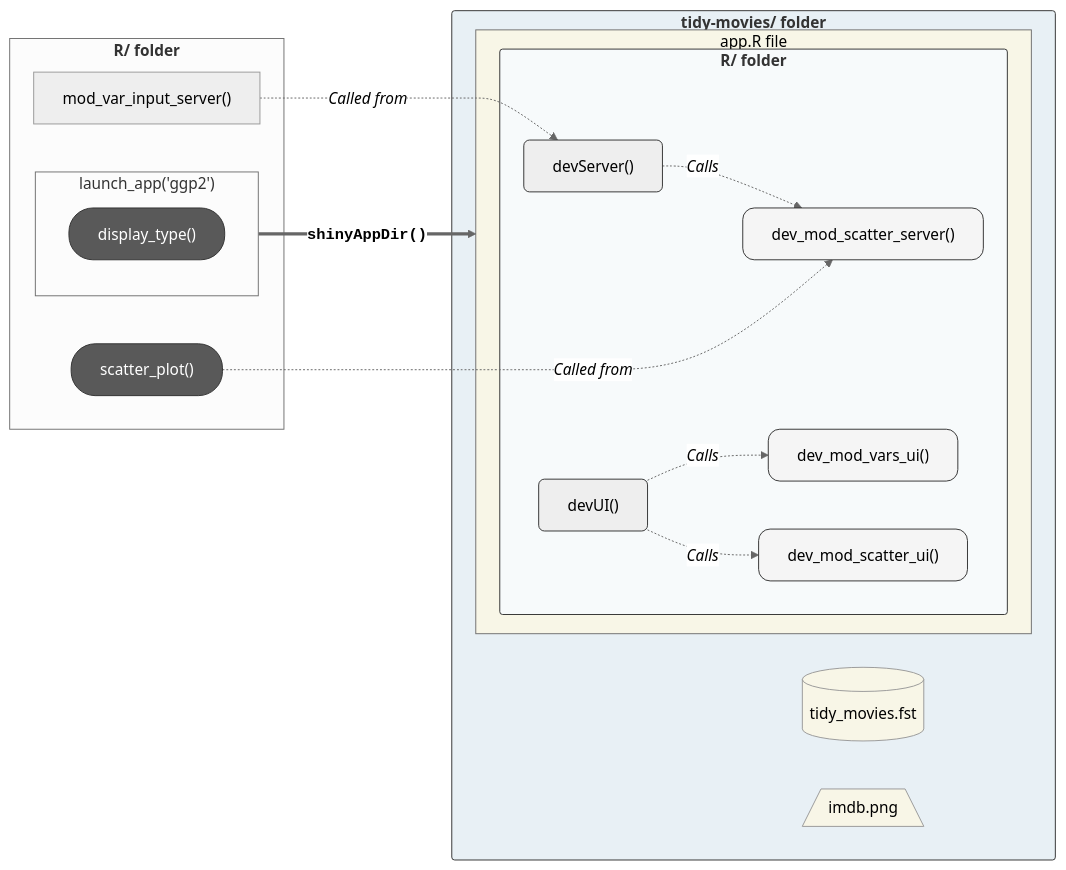
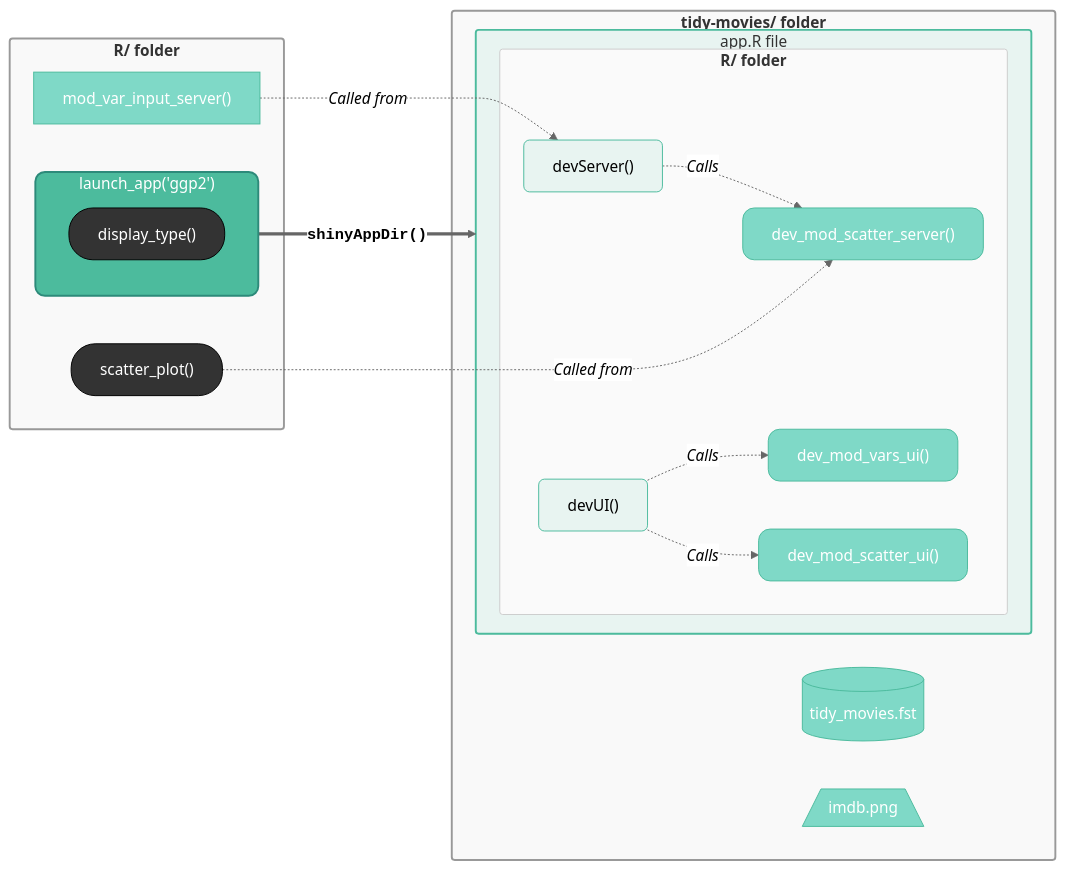
Before and after one commit to mjfrigaard/shiny-app-pkgs: the diagram in resources.qmd, drawn with Mermaid.

Commit message:
Style mermaid diagram in resources.qmd with teal palette
- Tidy-movies app architecture and folder structure
- Applied consistent teal/light-teal/container styling
- All 42+ mermaid diagrams now using unified color scheme

Completed all book chapters styling.

````diff
--- a/resources.qmd
+++ b/resources.qmd
@@ -832,55 +832,60 @@
 ```{mermaid}
 %%| fig-cap: 'Architecture of app functions in `inst/tidy-movies/` folder'
 %%| fig-align: center
 %%{init: {'theme': 'neutral', 'themeVariables': { 'fontFamily': 'monospace', "fontSize":"16px"}}}%%
 flowchart LR
     subgraph R["<strong>R/ folder</strong>"]
         subgraph launch["launch_app('ggp2')"]
             display_type["display_type()"]
         end
         mod_var_input_server["mod_var_input_server()"]
         scatter_plot["scatter_plot()"]
     end
     
     subgraph tidy_movies["<strong>tidy-movies/ folder</strong>"]
         subgraph app["app.R file"]
           subgraph SubR["<strong>R/ folder</strong>"]
             devServer["devServer()"]
             dev_mod_scatter_server["dev_mod_scatter_server()"]
             devServer -.->|"<em>Calls</em>"|dev_mod_scatter_server
             devUI["devUI()"]
             dev_mod_vars_ui["dev_mod_vars_ui()"]
             dev_mod_scatter_ui["dev_mod_scatter_ui()"]
             devUI -.->|"<em>Calls</em>"|dev_mod_vars_ui & dev_mod_scatter_ui
             end
         end
         data[("tidy_movies.fst")]
         img[/"imdb.png"\]
     end
         
 
     launch ==> |"<strong><code>shinyAppDir()</code></strong>"|app
     scatter_plot -.->|"<em>Called from</em>"|dev_mod_scatter_server
     mod_var_input_server -.->|"<em>Called from</em>"|devServer
 
     %% utility functions
-    style scatter_plot fill:#595959,color:#FFF,stroke:#333,stroke-width:1px,rx:25,ry:25
-    style display_type fill:#595959,color:#FFF,stroke:#333,stroke-width:1px,rx:25,ry:25
-    
-    %% tidy-movies/ 
-    style tidy_movies fill:#e8f0f5,stroke:#333,stroke-width:1px,rx:3,ry:3
+    style scatter_plot fill:#333,color:#FFF,stroke:#000,stroke-width:1px,rx:25,ry:25
+    style display_type fill:#333,color:#FFF,stroke:#000,stroke-width:1px,rx:25,ry:25
+
+    %% R/ folder
+    style R fill:#f9f9f9,stroke:#999,stroke-width:2px,rx:3,ry:3
+    style launch fill:#4CBB9D,color:#fff,stroke:#2d8a7a,stroke-width:2px,rx:10,ry:10
+    style mod_var_input_server fill:#7fd9c7,color:#fff,stroke:#4CBB9D,stroke-width:1px
+
+    %% tidy-movies/
+    style tidy_movies fill:#f9f9f9,stroke:#999,stroke-width:2px,rx:3,ry:3
     %% tidy-movies/R
-    style SubR fill:#f7fafb,stroke:#333,stroke-width:1px,rx:3,ry:3
+    style app fill:#e8f4f1,stroke:#4CBB9D,stroke-width:2px,rx:3,ry:3
+    style SubR fill:#fafafa,stroke:#ccc,stroke-width:1px,rx:3,ry:3
     %% tidy-movies/R/ files
-    style devUI stroke:#333,stroke-width:1px,rx:6,ry:6
-    style devServer stroke:#333,stroke-width:1px,rx:6,ry:6
-    style dev_mod_scatter_server color:#000,fill:#f5f5f5,stroke:#333,stroke-width:1px,rx:12,ry:12
-    style dev_mod_scatter_ui color:#000,fill:#f5f5f5,stroke:#333,stroke-width:1px,rx:12,ry:12
-    style dev_mod_vars_ui color:#000,fill:#f5f5f5,stroke:#333,stroke-width:1px,rx:12,ry:12
-    %% files 
-    style app fill:#f8f6e7,color:#000
-    style data fill:#f8f6e7,color:#000
-    style img fill:#f8f6e7,color:#000
+    style devUI fill:#e8f4f1,stroke:#4CBB9D,stroke-width:1px,rx:6,ry:6
+    style devServer fill:#e8f4f1,stroke:#4CBB9D,stroke-width:1px,rx:6,ry:6
+    style dev_mod_scatter_server color:#fff,fill:#7fd9c7,stroke:#4CBB9D,stroke-width:1px,rx:12,ry:12
+    style dev_mod_scatter_ui color:#fff,fill:#7fd9c7,stroke:#4CBB9D,stroke-width:1px,rx:12,ry:12
+    style dev_mod_vars_ui color:#fff,fill:#7fd9c7,stroke:#4CBB9D,stroke-width:1px,rx:12,ry:12
+    %% files
+    style data fill:#7fd9c7,color:#fff,stroke:#4CBB9D,stroke-width:1px
+    style img fill:#7fd9c7,color:#fff,stroke:#4CBB9D,stroke-width:1px
 
 
 ```
````
